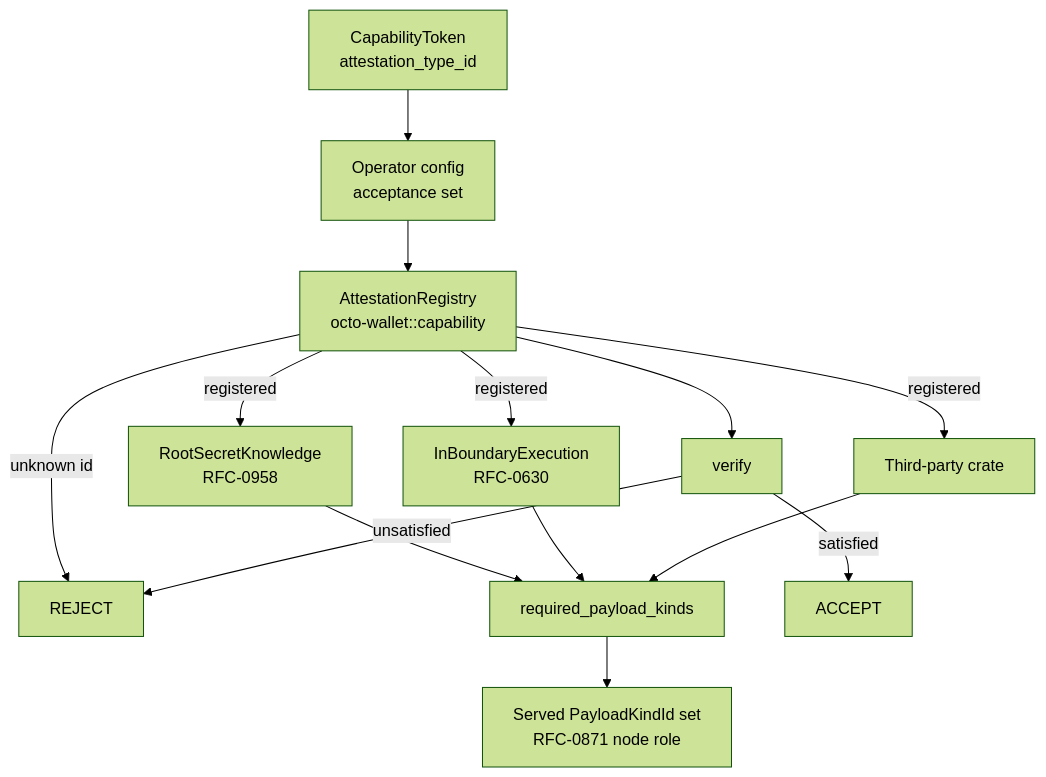
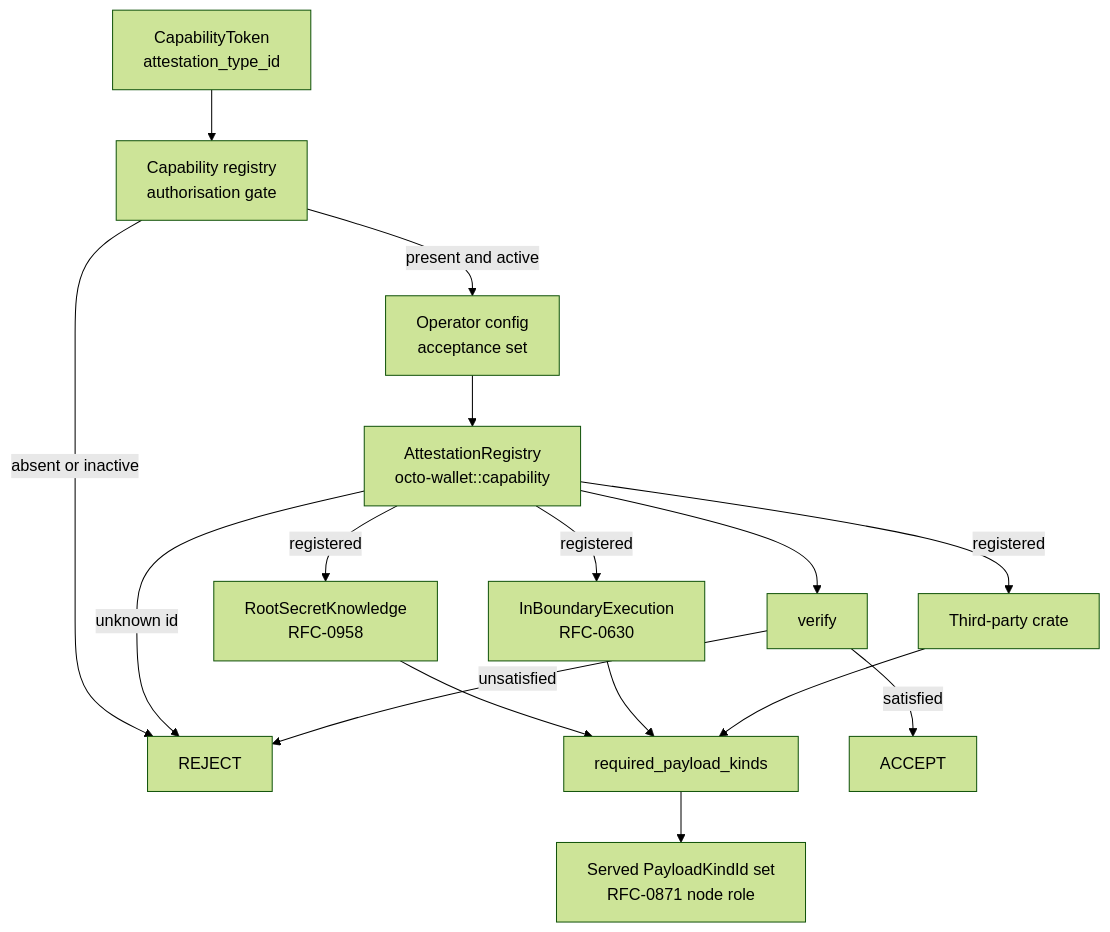
Before and after one commit to CipherOcto/cipherocto: the diagram in rfcs/draft/economics/0973-pluggable-proof-attestation-for-capabilities.md, drawn with Mermaid (forest theme). The commit also changed other lines of this file, not shown here.

````diff
--- a/rfcs/draft/economics/0973-pluggable-proof-attestation-for-capabilities.md
+++ b/rfcs/draft/economics/0973-pluggable-proof-attestation-for-capabilities.md
@@ -126,16 +126,18 @@
 ```mermaid
 graph TD
-    Token[CapabilityToken<br/>attestation_type_id] --> Cfg[Operator config<br/>acceptance set]
+    Token[CapabilityToken<br/>attestation_type_id] --> Iss[Capability registry<br/>authorisation gate]
+    Iss -->|absent or inactive| Reject[REJECT]
+    Iss -->|present and active| Cfg[Operator config<br/>acceptance set]
     Cfg --> Reg[AttestationRegistry<br/>octo-wallet::capability]
-    Reg -->|unknown id| Reject[REJECT]
+    Reg -->|unknown id| Reject
     Reg -->|registered| S1[RootSecretKnowledge<br/>RFC-0958]
     Reg -->|registered| S2[InBoundaryExecution<br/>RFC-0630]
     Reg -->|registered| S3[Third-party crate]
     S1 --> Req[required_payload_kinds]
     S2 --> Req
     S3 --> Req
     Req --> Kinds[Served PayloadKindId set<br/>RFC-0871 node role]
     Reg --> Verify[verify]
     Verify -->|unsatisfied| Reject
     Verify -->|satisfied| Accept[ACCEPT]
 ```
````
